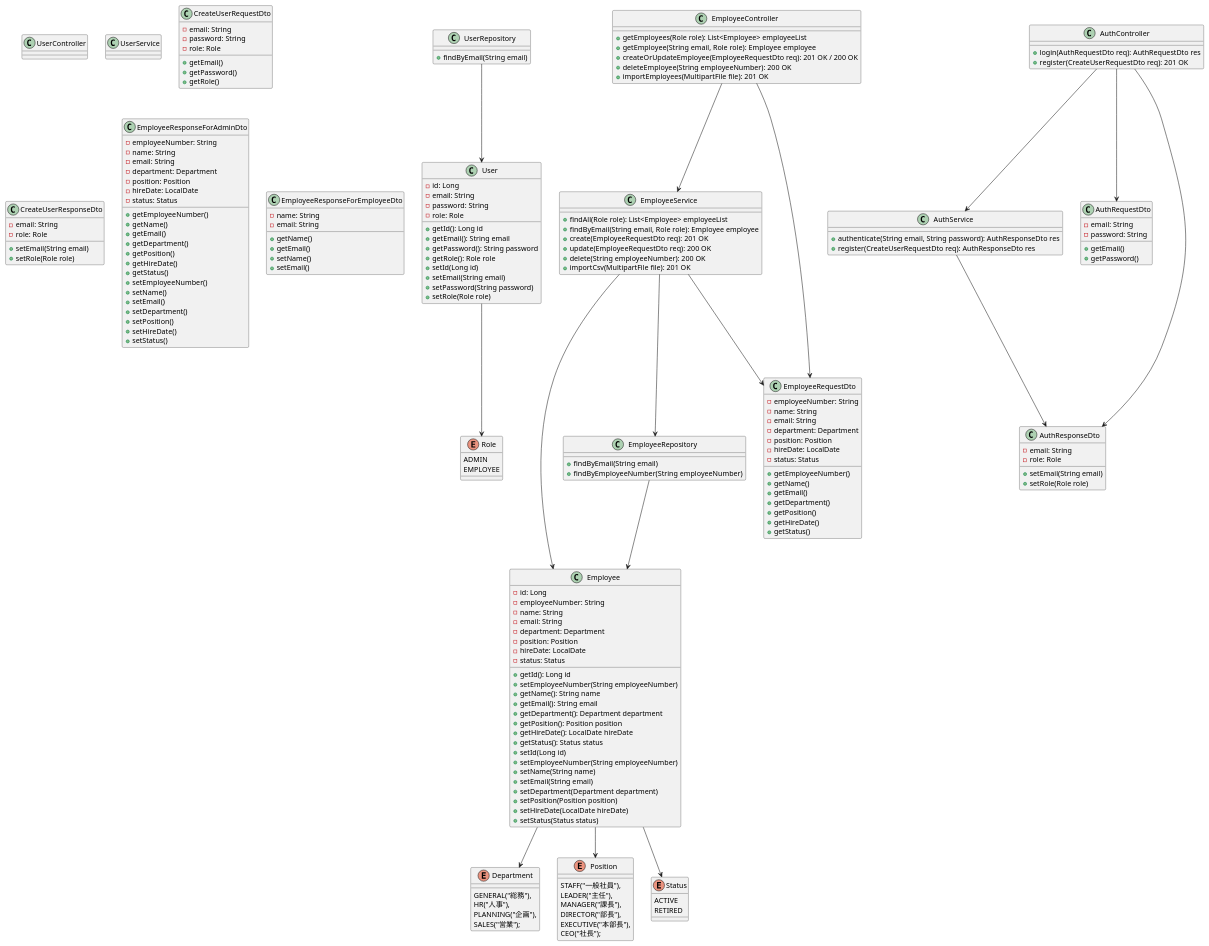
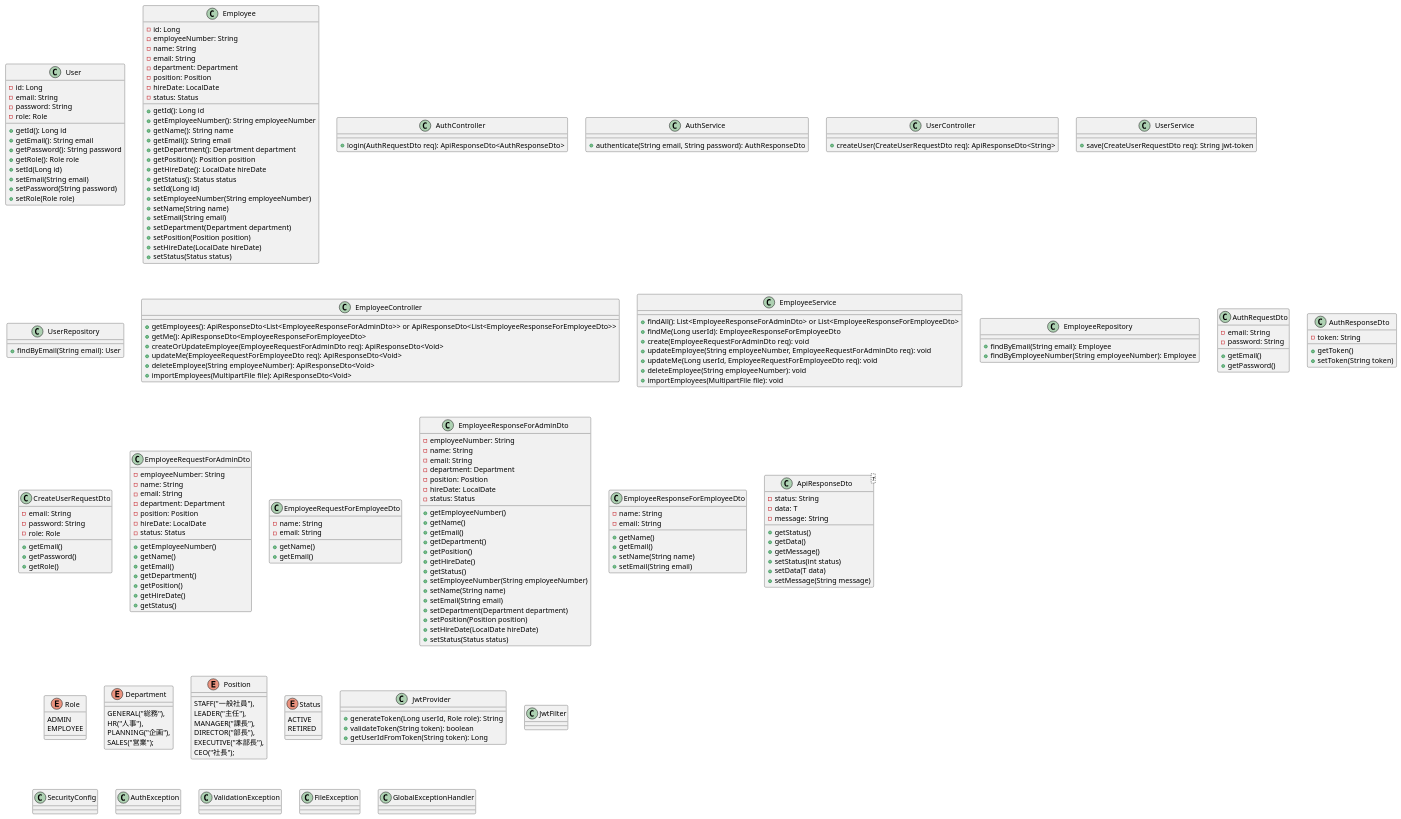
The diagram in uml/code/class.puml (tettamasuyama/group-assignment), drawn with PlantUML before and after one commit. The commit also changed 1 other file, not shown here.

```diff
--- a/uml/code/class.puml
+++ b/uml/code/class.puml
@@ -1,5 +1,4 @@
 @startuml
-
 class User
 class Employee
 class AuthController
@@ -14,41 +13,27 @@
 class AuthRequestDto
 class AuthResponseDto
 class CreateUserRequestDto
-class EmployeeRequestDto
+class EmployeeRequestForAdminDto
+class EmployeeRequestForEmployeeDto
+class EmployeeResponseForAdminDto
+class EmployeeResponseForEmployeeDto
+class ApiResponseDto<T>
 
 enum Role
 enum Department
 enum Position
 enum Status
 
-' --- Controller → Service ---
-AuthController --> AuthService
-EmployeeController --> EmployeeService
+class JwtProvider
+class JwtFilter
+class SecurityConfig
+class AuthException
+class ValidationException
+class FileException
+class GlobalExceptionHandler
 
-' --- Service → Repository ---
-EmployeeService --> EmployeeRepository
 
-' --- Service → Entity ---
-EmployeeService --> Employee
 
-' --- Controller → DTO ---
-AuthController --> AuthRequestDto
-AuthController --> AuthResponseDto
-EmployeeController --> EmployeeRequestDto
-
-' --- Service → DTO ---
-AuthService --> AuthResponseDto
-EmployeeService --> EmployeeRequestDto
-
-' --- Entity → Enum ---
-User --> Role
-Employee --> Department
-Employee --> Position
-Employee --> Status
-
-' --- Repository → Entity ---
-UserRepository --> User
-EmployeeRepository --> Employee
 
 ' クラス定義
 class User {
@@ -78,7 +63,7 @@
   - status: Status
 
   + getId(): Long id
-  + setEmployeeNumber(String employeeNumber)
+  + getEmployeeNumber(): String employeeNumber
   + getName(): String name
   + getEmail(): String email
   + getDepartment(): Department department
@@ -123,39 +108,47 @@
 }
 
 class AuthController {
-  + login(AuthRequestDto req): AuthRequestDto res
-  + register(CreateUserRequestDto req): 201 OK
+  + login(AuthRequestDto req): ApiResponseDto<AuthResponseDto>
 }
 
 class AuthService {
-  + authenticate(String email, String password): AuthResponseDto res
-  + register(CreateUserRequestDto req): AuthResponseDto res
+  + authenticate(String email, String password): AuthResponseDto
+}
+
+class UserController {
+  + createUser(CreateUserRequestDto req): ApiResponseDto<String>
+}
+
+class UserService {
+  + save(CreateUserRequestDto req): String jwt-token
 }
 
 class UserRepository {
-  + findByEmail(String email)
+  + findByEmail(String email): User
 }
 
 class EmployeeController {
-  + getEmployees(Role role): List<Employee> employeeList
-  + getEmployee(String email, Role role): Employee employee
-  + createOrUpdateEmployee(EmployeeRequestDto req): 201 OK / 200 OK
-  + deleteEmployee(String employeeNumber): 200 OK
-  + importEmployees(MultipartFile file): 201 OK
+  + getEmployees(): ApiResponseDto<List<EmployeeResponseForAdminDto>> or ApiResponseDto<List<EmployeeResponseForEmployeeDto>>
+  + getMe(): ApiResponseDto<EmployeeResponseForEmployeeDto>
+  + createOrUpdateEmployee(EmployeeRequestForAdminDto req): ApiResponseDto<Void>
+  + updateMe(EmployeeRequestForEmployeeDto req): ApiResponseDto<Void>
+  + deleteEmployee(String employeeNumber): ApiResponseDto<Void>
+  + importEmployees(MultipartFile file): ApiResponseDto<Void>
 }
 
 class EmployeeService {
-  + findAll(Role role): List<Employee> employeeList
-  + findByEmail(String email, Role role): Employee employee
-  + create(EmployeeRequestDto req): 201 OK
-  + update(EmployeeRequestDto req): 200 OK
-  + delete(String employeeNumber): 200 OK
-  + importCsv(MultipartFile file): 201 OK
+  + findAll(): List<EmployeeResponseForAdminDto> or List<EmployeeResponseForEmployeeDto>
+  + findMe(Long userId): EmployeeResponseForEmployeeDto
+  + create(EmployeeRequestForAdminDto req): void
+  + updateEmployee(String employeeNumber, EmployeeRequestForAdminDto req): void
+  + updateMe(Long userId, EmployeeRequestForEmployeeDto req): void
+  + deleteEmployee(String employeeNumber): void
+  + importEmployees(MultipartFile file): void
 }
 
 class EmployeeRepository {
-  + findByEmail(String email)
-  + findByEmployeeNumber(String employeeNumber)
+  + findByEmail(String email): Employee
+  + findByEmployeeNumber(String employeeNumber): Employee
 } 
 
 ' DTO
@@ -168,11 +161,10 @@
 }
 
 class AuthResponseDto {
-  - email: String
-  - role: Role
+  - token: String
 
-  + setEmail(String email)
-  + setRole(Role role)
+  + getToken()
+  + setToken(String token)
 }
 
 class CreateUserRequestDto {
@@ -185,15 +177,7 @@
   + getRole()
 }
 
-class CreateUserResponseDto {
-  - email: String
-  - role: Role
-
-  + setEmail(String email)
-  + setRole(Role role)
-}
-
-class EmployeeRequestDto {
+class EmployeeRequestForAdminDto {
   - employeeNumber: String
   - name: String
   - email: String
@@ -226,14 +210,22 @@
   + getDepartment()
   + getPosition()
   + getHireDate()
-  + getStatus() 
-  + setEmployeeNumber()
-  + setName()
-  + setEmail()
-  + setDepartment()
-  + setPosition()
-  + setHireDate()
-  + setStatus() 
+  + getStatus()
+  + setEmployeeNumber(String employeeNumber)
+  + setName(String name)
+  + setEmail(String email)
+  + setDepartment(Department department)
+  + setPosition(Position position)
+  + setHireDate(LocalDate hireDate)
+  + setStatus(Status status)
+}
+
+class EmployeeRequestForEmployeeDto {
+  - name: String
+  - email: String
+
+  + getName()
+  + getEmail()
 }
 
 class EmployeeResponseForEmployeeDto {
@@ -242,7 +234,34 @@
 
   + getName()
   + getEmail()
-  + setName()
-  + setEmail()
+  + setName(String name)
+  + setEmail(String email)
 }
+
+class ApiResponseDto<T> {
+  - status: String
+  - data: T
+  - message: String
+
+  + getStatus()
+  + getData()
+  + getMessage()
+  + setStatus(int status)
+  + setData(T data)
+  + setMessage(String message)
+}
+
+class JwtProvider {
+  + generateToken(Long userId, Role role): String
+  + validateToken(String token): boolean
+  + getUserIdFromToken(String token): Long
+}
+
+class JwtFilter
+class SecurityConfig
+class AuthException
+class ValidationException
+class FileException
+class GlobalExceptionHandler
+
 @enduml
```
